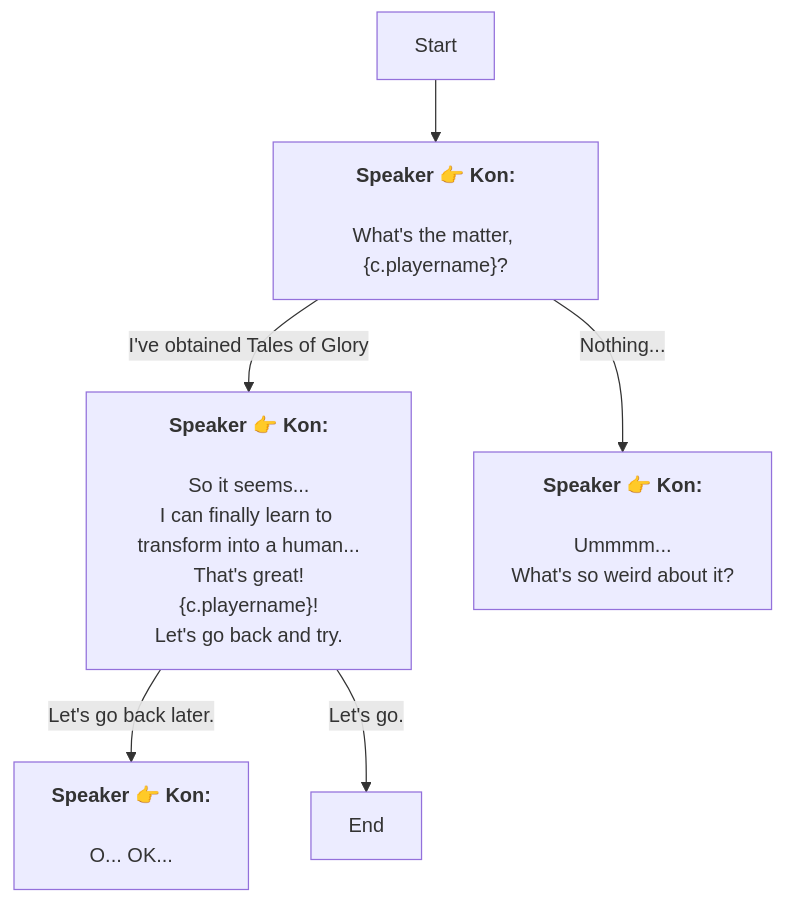
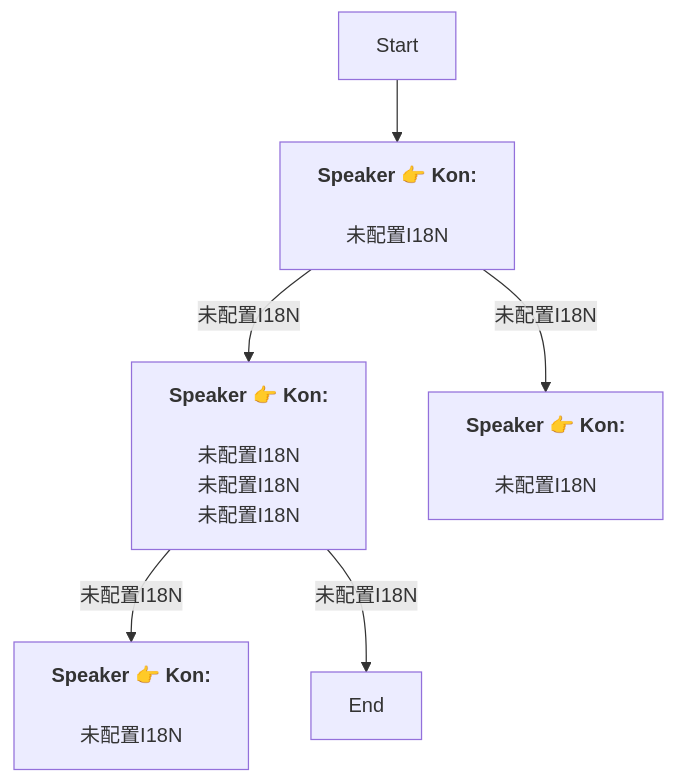
The diagram in En/QuestTalkObjectiveNode_1764833239533319.md (SoftHu/tos_avg), drawn with Mermaid before and after one commit. The commit also changed 730 other files, not shown here.

````diff
--- a/En/QuestTalkObjectiveNode_1764833239533319.md
+++ b/En/QuestTalkObjectiveNode_1764833239533319.md
@@ -1,16 +1,13 @@
 ```mermaid
 graph
 Start -->1764833449850637[<b>Speaker 👉 Kon:</b>
-\nWhat's the matter, &lbrace;c.playername&rbrace;?]
-1764833449850637 -->|I've obtained Tales of Glory|1764833726864150[<b>Speaker 👉 Kon:</b>
-\nSo it seems...
-I can finally learn to transform into a human...\nThat's great!
-&lbrace;c.playername&rbrace;!\nLet's go back and try.]
-1764833449850637 -->|Nothing...|1764833525715732[<b>Speaker 👉 Kon:</b>
-\nUmmmm...
-What's so weird about it?]
-1764833726864150 -->|Let's go back later.|1764835235460899[<b>Speaker 👉 Kon:</b>
-\nO... OK...]
-1764833726864150 -->|Let's go.|1764834086766365[End]
+\n未配置I18N]
+1764833449850637 -->|未配置I18N|1764833726864150[<b>Speaker 👉 Kon:</b>
+\n未配置I18N\n未配置I18N\n未配置I18N]
+1764833449850637 -->|未配置I18N|1764833525715732[<b>Speaker 👉 Kon:</b>
+\n未配置I18N]
+1764833726864150 -->|未配置I18N|1764835235460899[<b>Speaker 👉 Kon:</b>
+\n未配置I18N]
+1764833726864150 -->|未配置I18N|1764834086766365[End]
 
 ```
````
